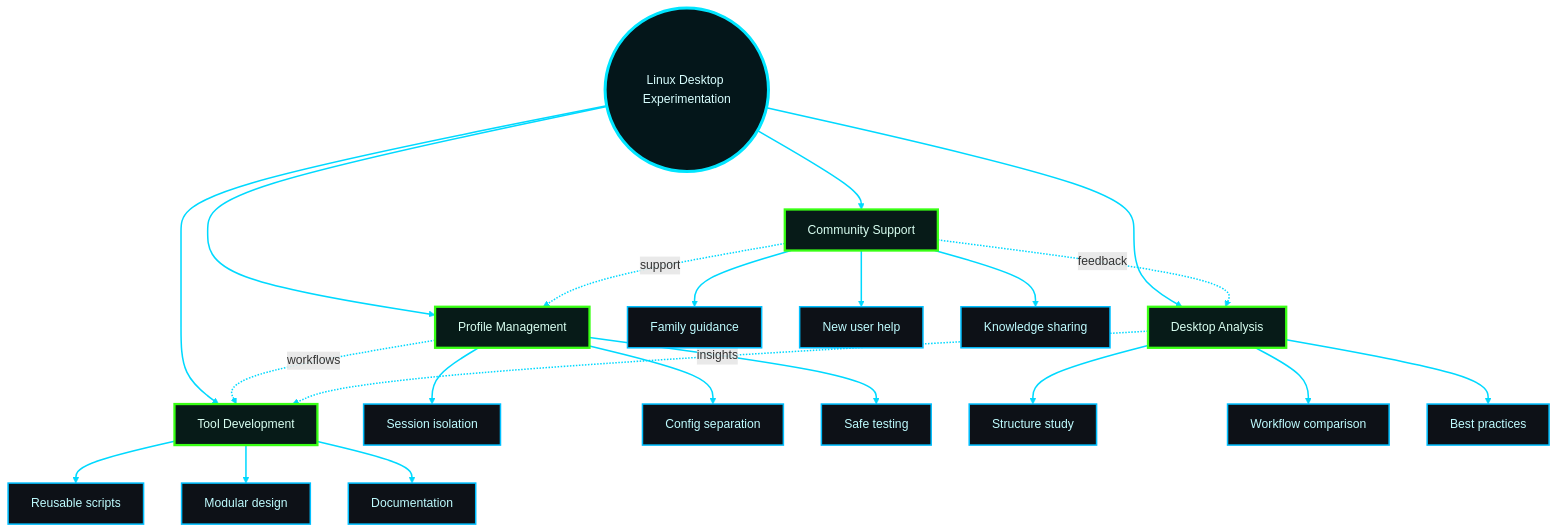
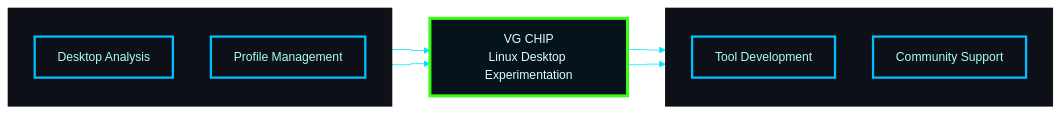
The diagram in README.md (Vguver/Vguver), drawn with Mermaid before and after one commit. The commit also changed other lines of this file, not shown here.

````diff
--- a/README.md
+++ b/README.md
@@ -127,40 +152,25 @@
 ```mermaid
-flowchart TB
-    CORE((Linux Desktop Experimentation)):::core
+%%{init: {'theme':'base', 'themeVariables': { 'background':'#0D1117', 'primaryColor':'#0D1117', 'primaryBorderColor':'#00BFFF', 'primaryTextColor':'#D9FFFF', 'lineColor':'#00E5FF', 'secondaryColor':'#0D1117', 'tertiaryColor':'#0D1117' }, 'flowchart': { 'curve': 'stepBefore', 'htmlLabels': true }}}%%
+flowchart LR
+    subgraph LEFT[" "]
+      direction TB
+      DA["Desktop Analysis"]:::module
+      PM["Profile Management"]:::module
+    end
 
-    PM[Profile Management]:::module
-    DA[Desktop Analysis]:::module
-    TD[Tool Development]:::module
-    CS[Community Support]:::module
+    CORE["VG CHIP<br/>Linux Desktop Experimentation"]:::chip
 
-    CORE ==> PM
-    CORE ==> DA
-    CORE ==> TD
-    CORE ==> CS
+    subgraph RIGHT[" "]
+      direction TB
+      TD["Tool Development"]:::module
+      CS["Community Support"]:::module
+    end
 
-    PM --> PM1[Session isolation]:::node
-    PM --> PM2[Config separation]:::node
-    PM --> PM3[Safe testing]:::node
+    DA --> CORE
+    PM --> CORE
+    CORE --> TD
+    CORE --> CS
 
-    DA --> DA1[Structure study]:::node
-    DA --> DA2[Workflow comparison]:::node
-    DA --> DA3[Best practices]:::node
-
-    TD --> TD1[Reusable scripts]:::node
-    TD --> TD2[Modular design]:::node
-    TD --> TD3[Documentation]:::node
-
-    CS --> CS1[Family guidance]:::node
-    CS --> CS2[New user help]:::node
-    CS --> CS3[Knowledge sharing]:::node
-
-    PM -. workflows .-> TD
-    DA -. insights .-> TD
-    CS -. support .-> PM
-    CS -. feedback .-> DA
-
-    classDef core fill:#04161a,stroke:#00e5ff,stroke-width:4px,color:#d9ffff;
-    classDef module fill:#071b18,stroke:#39ff14,stroke-width:3px,color:#d9fff1;
-    classDef node fill:#0d1117,stroke:#00bfff,stroke-width:2px,color:#bffcff;
-    linkStyle default stroke:#00d9ff,stroke-width:2px;
+    classDef chip fill:#07131A,stroke:#39FF14,stroke-width:4px,color:#D9FFFF;
+    classDef module fill:#0D1117,stroke:#00BFFF,stroke-width:3px,color:#A7FFF4;
 ```
````
